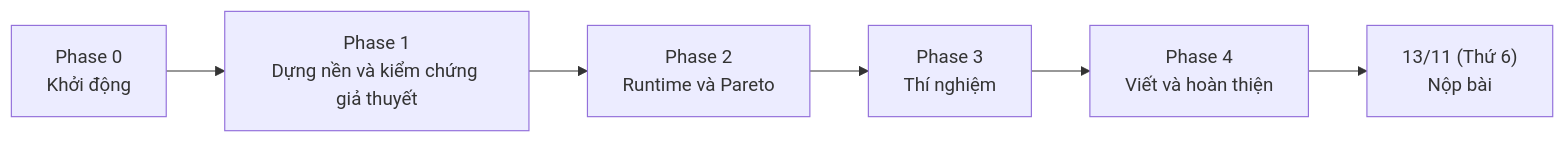
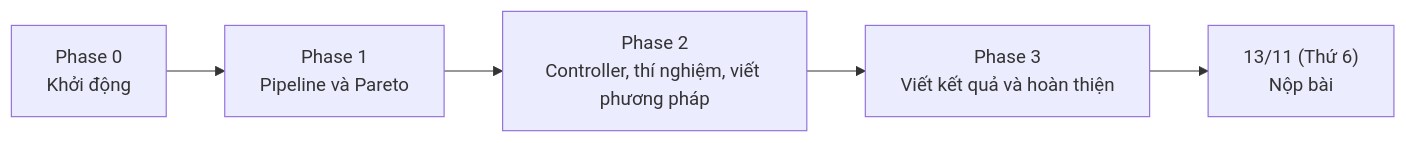
The diagram in docs/plan.md (nh-atuan/crossstage-stitch), drawn with Mermaid before and after one commit. The commit also changed other lines of this file, not shown here.

Commit message:
docs: compress remaining schedule to 3 phases and add Phase 1 tasks

````diff
--- a/docs/plan.md
+++ b/docs/plan.md
@@ -58,8 +58,7 @@
 ```mermaid
 flowchart LR
-    P0["Phase 0<br/>Khởi động"] --> P1["Phase 1<br/>Dựng nền và kiểm chứng giả thuyết"]
-    P1 --> P2["Phase 2<br/>Runtime và Pareto"]
-    P2 --> P3["Phase 3<br/>Thí nghiệm"]
-    P3 --> P4["Phase 4<br/>Viết và hoàn thiện"]
-    P4 --> END["13/11 (Thứ 6)<br/>Nộp bài"]
+    P0["Phase 0<br/>Khởi động"] --> P1["Phase 1<br/>Pipeline và Pareto"]
+    P1 --> P2["Phase 2<br/>Controller, thí nghiệm, viết phương pháp"]
+    P2 --> P3["Phase 3<br/>Viết kết quả và hoàn thiện"]
+    P3 --> END["13/11 (Thứ 6)<br/>Nộp bài"]
 ```
````
